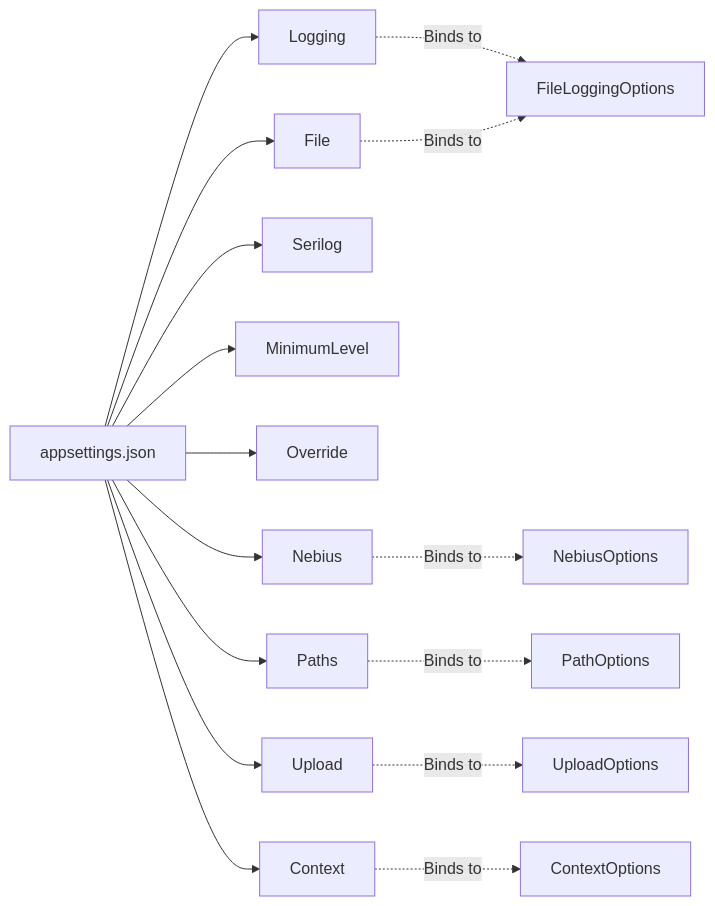
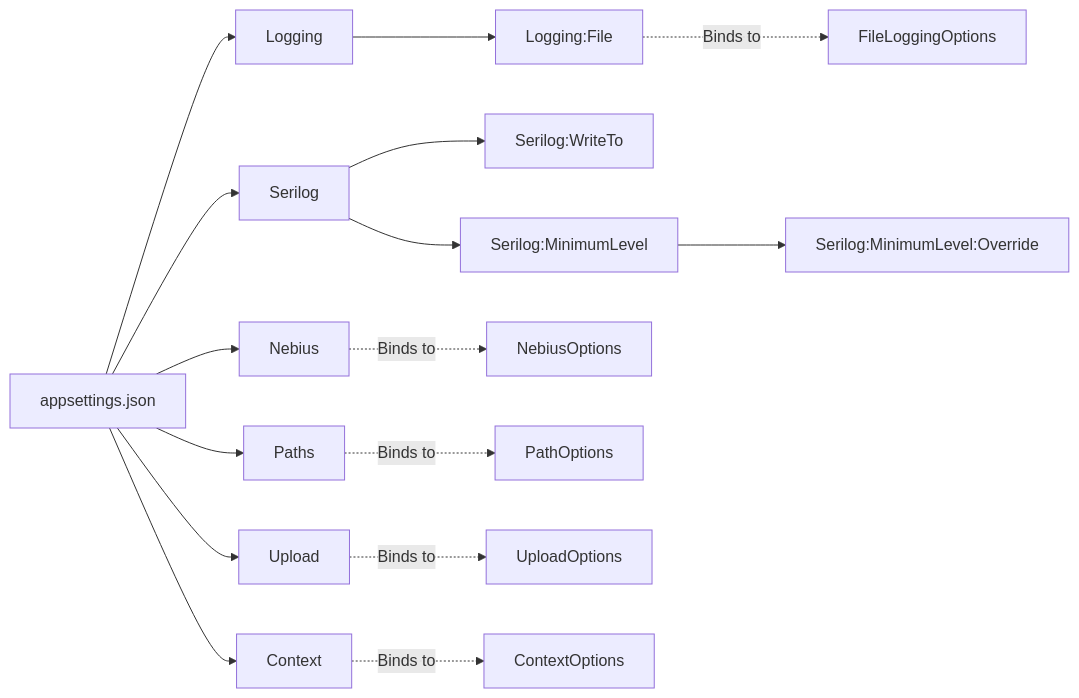
The second of 2 diagrams in docs/CONFIGURATION.md (sebastian-305/PocketLawyer), drawn with Mermaid before and after one commit. The commit also changed other lines of this file and 1 other file, not shown here.

Commit message:
Fix logging configuration documentation

````diff
--- a/docs/CONFIGURATION.md
+++ b/docs/CONFIGURATION.md
@@ -311,20 +311,20 @@
 ```mermaid
 graph LR
     Config[appsettings.json]
     
     Config --> Logging[Logging]
-    Logging -.->|Binds to| FileLoggingOptions[FileLoggingOptions]
-    Config --> File[File]
-    File -.->|Binds to| FileLoggingOptions[FileLoggingOptions]
+    Logging --> LoggingFile[Logging:File]
+    LoggingFile -.->|Binds to| FileLoggingOptions[FileLoggingOptions]
     Config --> Serilog[Serilog]
-    Config --> MinimumLevel[MinimumLevel]
-    Config --> Override[Override]
+    Serilog --> SerilogWriteTo[Serilog:WriteTo]
+    Serilog --> SerilogMinimumLevel[Serilog:MinimumLevel]
+    SerilogMinimumLevel --> SerilogOverride[Serilog:MinimumLevel:Override]
     Config --> Nebius[Nebius]
     Nebius -.->|Binds to| NebiusOptions[NebiusOptions]
     Config --> Paths[Paths]
     Paths -.->|Binds to| PathOptions[PathOptions]
     Config --> Upload[Upload]
     Upload -.->|Binds to| UploadOptions[UploadOptions]
     Config --> Context[Context]
     Context -.->|Binds to| ContextOptions[ContextOptions]
 ```
````
